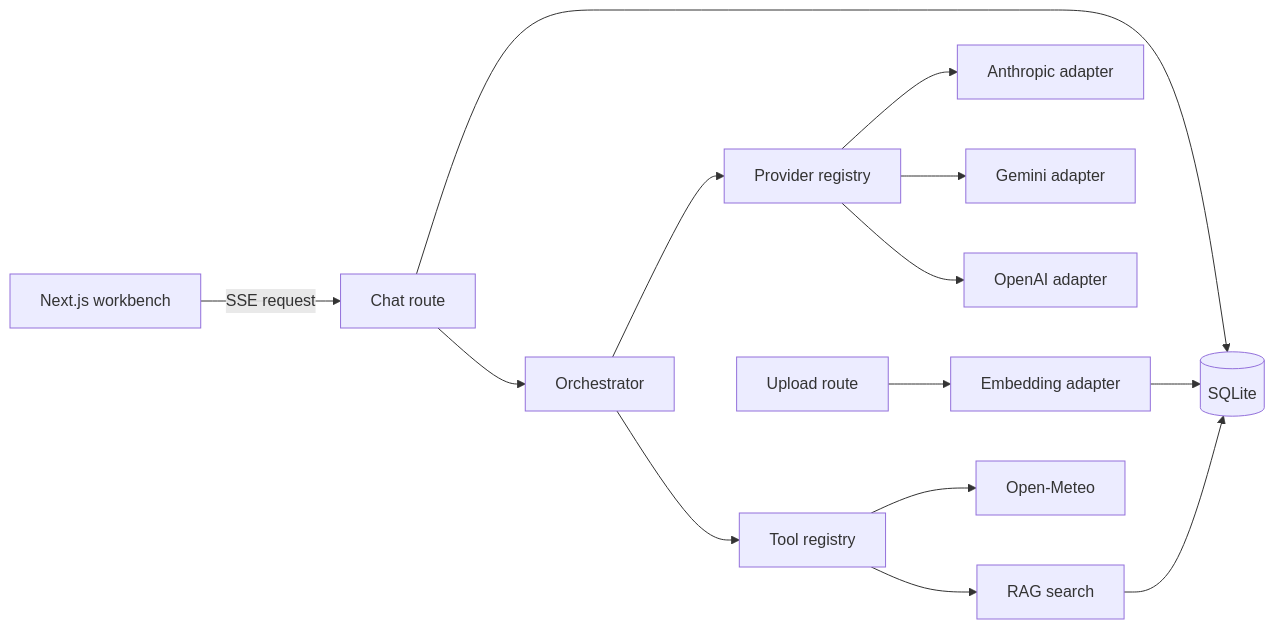
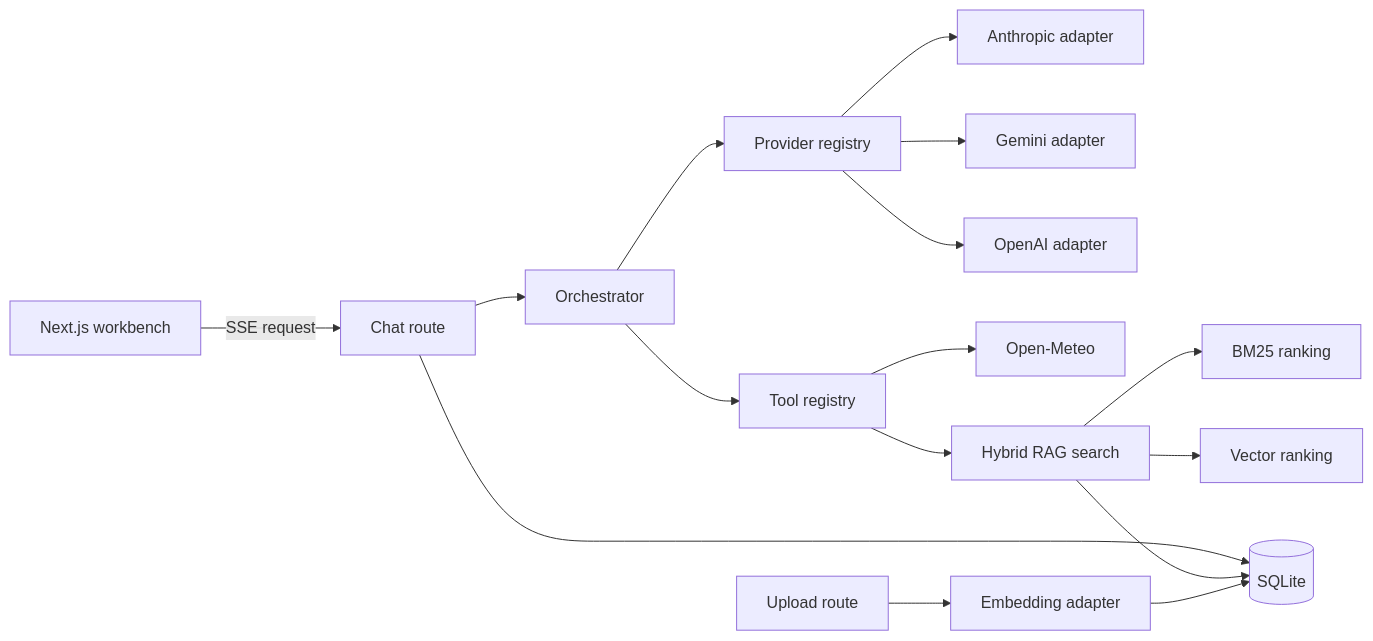
One commit to Suvam-imversion/polyglot-workbench changed the diagram in docs/DESIGN.md. Above: the diagram before and after it, drawn with Mermaid. The commit also changed other lines of this file and 14 other files, not shown here.

````diff
--- a/docs/DESIGN.md
+++ b/docs/DESIGN.md
@@ -5,16 +5,18 @@
 ```mermaid
 flowchart LR
   UI[Next.js workbench] -->|SSE request| API[Chat route]
   API --> DB[(SQLite)]
   API --> ORCH[Orchestrator]
   ORCH --> REG[Provider registry]
   REG --> A[Anthropic adapter]
   REG --> G[Gemini adapter]
   REG --> O[OpenAI adapter]
   ORCH --> TOOLS[Tool registry]
   TOOLS --> WEATHER[Open-Meteo]
-  TOOLS --> RAG[RAG search]
+  TOOLS --> RAG[Hybrid RAG search]
+  RAG --> VECTOR[Vector ranking]
+  RAG --> BM25[BM25 ranking]
   RAG --> DB
   UPLOAD[Upload route] --> EMBED[Embedding adapter]
   EMBED --> DB
 ```
````
